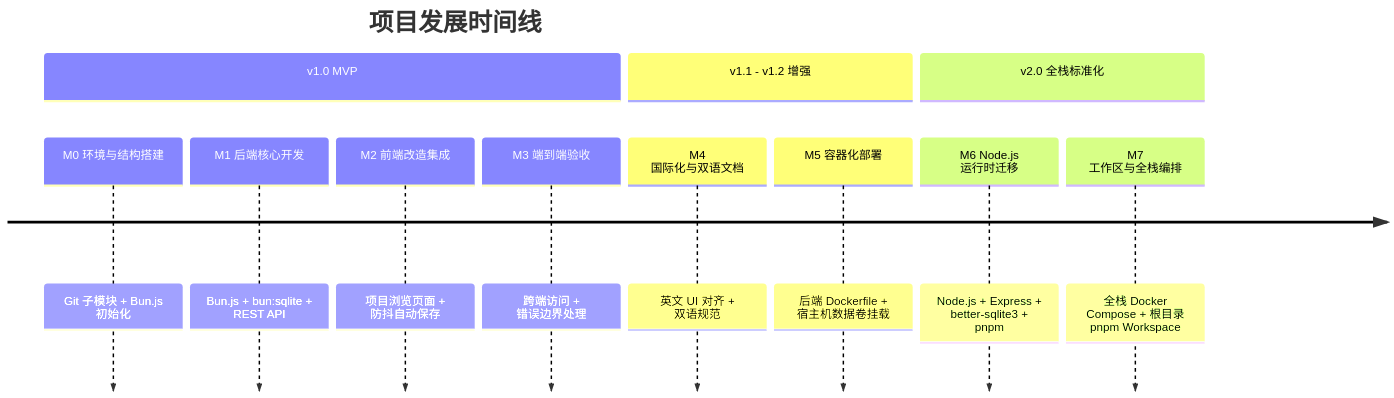
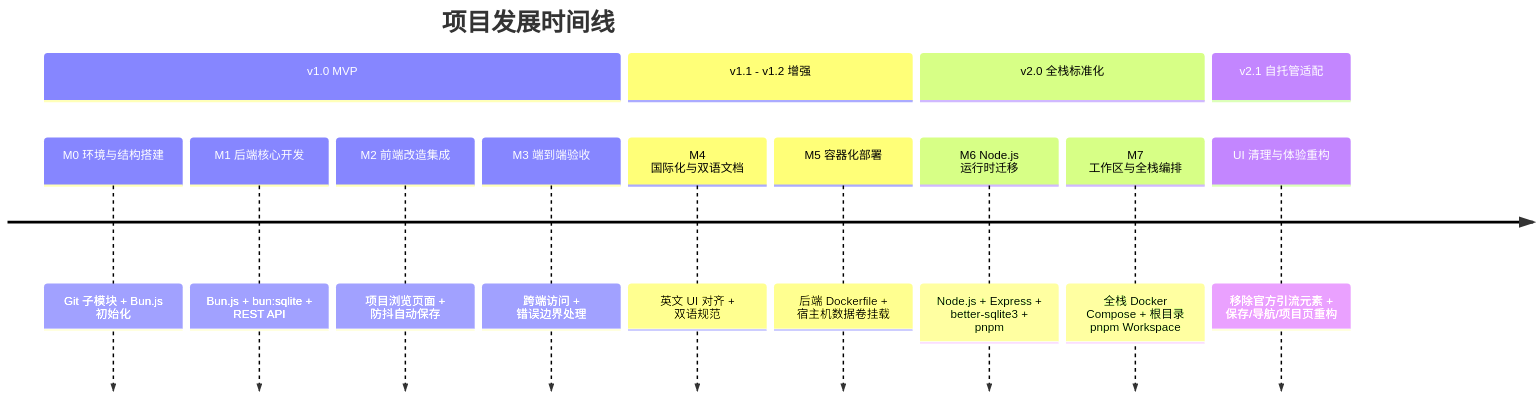
One commit to GeekSquirrel/mermaid-vault changed the diagram in ROADMAP.zh.md. Above: the diagram before and after it, drawn with Mermaid. The commit also changed other lines of this file and 2 other files, not shown here.

Commit message:
refresh roadmap

````diff
--- a/ROADMAP.zh.md
+++ b/ROADMAP.zh.md
@@ -13,15 +13,17 @@
 ```mermaid
 timeline
     title 项目发展时间线
     section v1.0 MVP
         M0 环境与结构搭建 : Git 子模块 + Bun.js 初始化
         M1 后端核心开发 : Bun.js + bun:sqlite + REST API
         M2 前端改造集成 : 项目浏览页面 + 防抖自动保存
         M3 端到端验收 : 跨端访问 + 错误边界处理
     section v1.1 - v1.2 增强
         M4 国际化与双语文档 : 英文 UI 对齐 + 双语规范
         M5 容器化部署 : 后端 Dockerfile + 宿主机数据卷挂载
     section v2.0 全栈标准化
         M6 Node.js 运行时迁移 : Node.js + Express + better-sqlite3 + pnpm
         M7 工作区与全栈编排 : 全栈 Docker Compose + 根目录 pnpm Workspace
+    section v2.1 自托管适配
+        UI 清理与体验重构 : 移除官方引流元素 + 保存/导航/项目页重构
 ```
````
